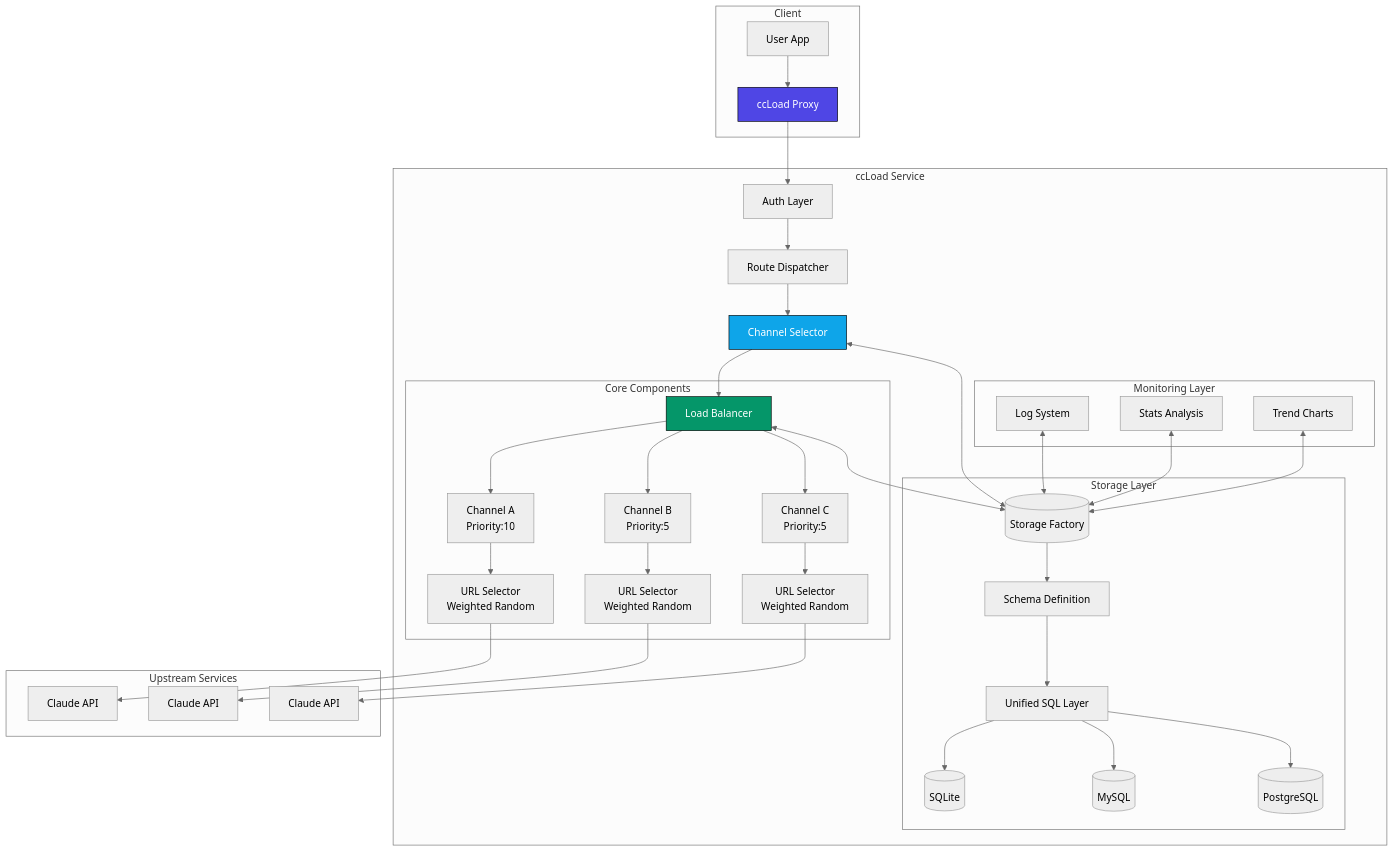
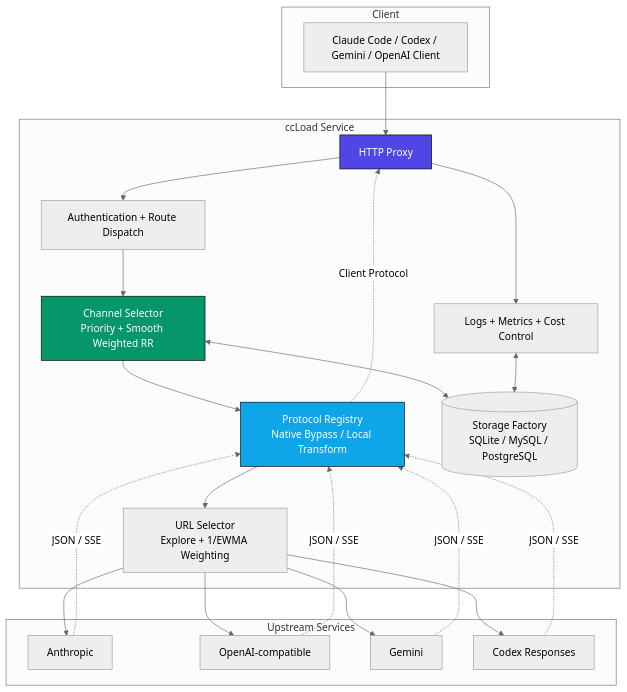
Before and after one commit to caidaoli/ccLoad: the diagram in README.md, drawn with Mermaid (neutral theme). The commit also changed other lines of this file and 8 other files, not shown here.

````diff
--- a/README.md
+++ b/README.md
@@ -79,58 +79,42 @@
 ```mermaid
 graph TB
     subgraph "Client"
-        A[User App] --> B[ccLoad Proxy]
+        A[Claude Code / Codex / Gemini / OpenAI Client]
     end
 
     subgraph "ccLoad Service"
-        B --> C[Auth Layer]
-        C --> D[Route Dispatcher]
-        D --> E[Channel Selector]
-        E --> F[Load Balancer]
+        B[HTTP Proxy]
+        C[Authentication + Route Dispatch]
+        D[Channel Selector<br/>Priority + Smooth Weighted RR]
+        E[Protocol Registry<br/>Native Bypass / Local Transform]
+        F[URL Selector<br/>Explore + 1/EWMA Weighting]
+        G[(Storage Factory<br/>SQLite / MySQL / PostgreSQL)]
+        H[Logs + Metrics + Cost Control]
 
-        subgraph "Core Components"
-            F --> G[Channel A<br/>Priority:10]
-            F --> H[Channel B<br/>Priority:5]
-            F --> I[Channel C<br/>Priority:5]
-            G --> G1[URL Selector<br/>Weighted Random]
-            H --> H1[URL Selector<br/>Weighted Random]
-            I --> I1[URL Selector<br/>Weighted Random]
-        end
-
-        subgraph "Storage Layer"
-            J[(Storage Factory)]
-            J3[Schema Definition]
-            J4[Unified SQL Layer]
-            J1[(SQLite)]
-            J2[(MySQL)]
-            J5[(PostgreSQL)]
-            J --> J3
-            J3 --> J4
-            J4 --> J1
-            J4 --> J2
-            J4 --> J5
-        end
-
-        subgraph "Monitoring Layer"
-            K[Log System]
-            L[Stats Analysis]
-            M[Trend Charts]
-        end
+        A --> B --> C --> D --> E --> F
+        D <--> G
+        H <--> G
+        B --> H
     end
 
     subgraph "Upstream Services"
-        G1 --> N[Claude API]
-        H1 --> O[Claude API]
-        I1 --> P[Claude API]
+        U1[Anthropic]
+        U2[OpenAI-compatible]
+        U3[Gemini]
+        U4[Codex Responses]
     end
 
-    E <--> J
-    F <--> J
-    K <--> J
-    L <--> J
-    M <--> J
+    F --> U1
+    F --> U2
+    F --> U3
+    F --> U4
+    U1 -. JSON / SSE .-> E
+    U2 -. JSON / SSE .-> E
+    U3 -. JSON / SSE .-> E
+    U4 -. JSON / SSE .-> E
+    E -. Client Protocol .-> B
 
     style B fill:#4F46E5,stroke:#000,color:#fff
-    style F fill:#059669,stroke:#000,color:#fff
+    style D fill:#059669,stroke:#000,color:#fff
     style E fill:#0EA5E9,stroke:#000,color:#fff
 ```
````
